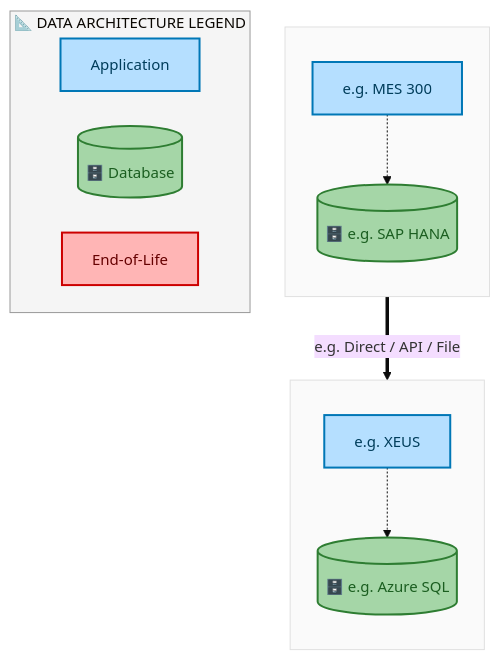
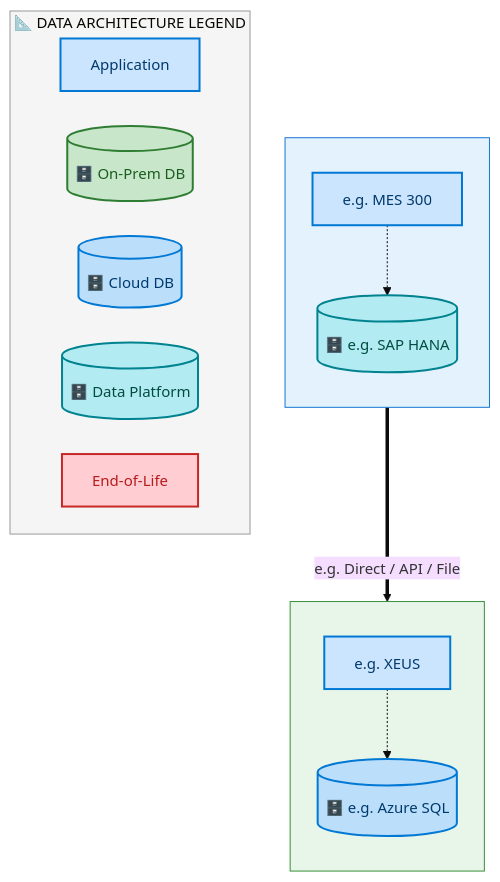
One commit to sajivfrancis777/IAO-Architecture changed the fourth of 8 diagrams in towers/E2E/Procure to Pay/E2E-116/output/docs/systems-architecture/E2E-116-Architecture.md. Above: the diagram before and after it, drawn with Mermaid. The commit also changed other lines of this file and 394 other files, not shown here.

First line of the commit message:
feat: structured layer ordering for Mermaid architecture diagrams

````diff
--- a/towers/E2E/Procure to Pay/E2E-116/output/docs/systems-architecture/E2E-116-Architecture.md
+++ b/towers/E2E/Procure to Pay/E2E-116/output/docs/systems-architecture/E2E-116-Architecture.md
@@ -465,33 +466,37 @@
 ```mermaid
 %%{init: {"theme": "base", "securityLevel": "loose", "themeVariables": {"fontSize": "15px", "fontFamily": "Segoe UI, Arial"}, "flowchart": {"useMaxWidth": false, "htmlLabels": true, "nodeSpacing": 35, "rankSpacing": 45}} }%%
 flowchart TB
-    classDef appBox fill:#B5DFFF,stroke:#0077B6,stroke-width:2px,color:#003D5B
-    classDef dbCyl fill:#A5D6A7,stroke:#2E7D32,stroke-width:2px,color:#1B5E20
-    classDef eolBox fill:#FFB5B5,stroke:#CC0000,stroke-width:2px,color:#660000
+    classDef appBox fill:#CCE5FF,stroke:#0078D4,stroke-width:2px,color:#003A6C
+    classDef dbCyl fill:#C8E6C9,stroke:#2E7D32,stroke-width:2px,color:#1B5E20
+    classDef dbCloud fill:#BBDEFB,stroke:#0078D4,stroke-width:2px,color:#003A6C
+    classDef dbData fill:#B2EBF2,stroke:#00838F,stroke-width:2px,color:#004D40
+    classDef eolBox fill:#FFCDD2,stroke:#C62828,stroke-width:2px,color:#B71C1C
 
     subgraph E2E116FDACL_e_g_Azure_SQL[" "]
         direction TB
         E2E116FDAA_e_g_XEUS["e.g. XEUS"]:::appBox
-        E2E116FDAD_e_g_Azure_SQL[("🗄️ e.g. Azure SQL")]:::dbCyl
+        E2E116FDAD_e_g_Azure_SQL[("🗄️ e.g. Azure SQL")]:::dbCloud
         E2E116FDAA_e_g_XEUS -.-> E2E116FDAD_e_g_Azure_SQL
     end
-    style E2E116FDACL_e_g_Azure_SQL fill:#FAFAFA,stroke:#E0E0E0,stroke-width:1px
+    style E2E116FDACL_e_g_Azure_SQL fill:#E8F5E9,stroke:#388E3C,stroke-width:1px
 
     subgraph E2E116FDACL_e_g_SAP_HANA[" "]
         direction TB
         E2E116FDAA_e_g_MES_300["e.g. MES 300"]:::appBox
-        E2E116FDAD_e_g_SAP_HANA[("🗄️ e.g. SAP HANA")]:::dbCyl
+        E2E116FDAD_e_g_SAP_HANA[("🗄️ e.g. SAP HANA")]:::dbData
         E2E116FDAA_e_g_MES_300 -.-> E2E116FDAD_e_g_SAP_HANA
     end
-    style E2E116FDACL_e_g_SAP_HANA fill:#FAFAFA,stroke:#E0E0E0,stroke-width:1px
+    style E2E116FDACL_e_g_SAP_HANA fill:#E3F2FD,stroke:#1976D2,stroke-width:1px
 
     E2E116FDAD_e_g_SAP_HANA ==>|"e.g. Direct / API / File"| E2E116FDAD_e_g_Azure_SQL
 
     subgraph Legend["📐 DATA ARCHITECTURE LEGEND"]
         direction LR
         L_A["Application"]:::appBox
-        L_D[("🗄️ Database")]:::dbCyl
+        L_D[("🗄️ On-Prem DB")]:::dbCyl
+        L_DC[("🗄️ Cloud DB")]:::dbCloud
+        L_DD[("🗄️ Data Platform")]:::dbData
         L_E["End-of-Life"]:::eolBox
     end
     style Legend fill:#F5F5F5,stroke:#999,stroke-width:1px
 ```
````
